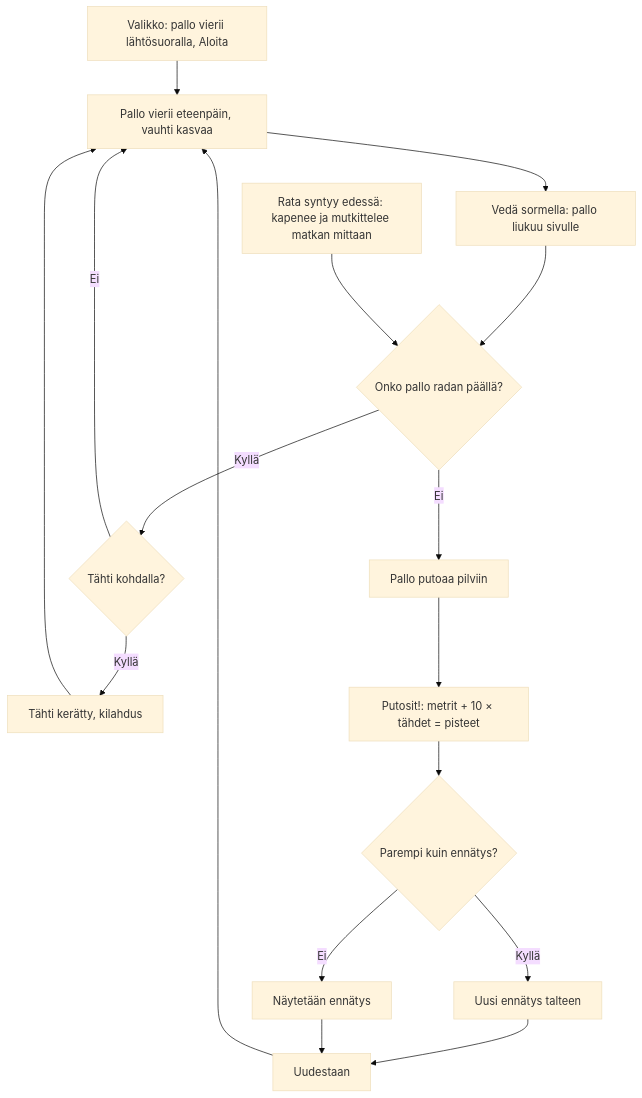
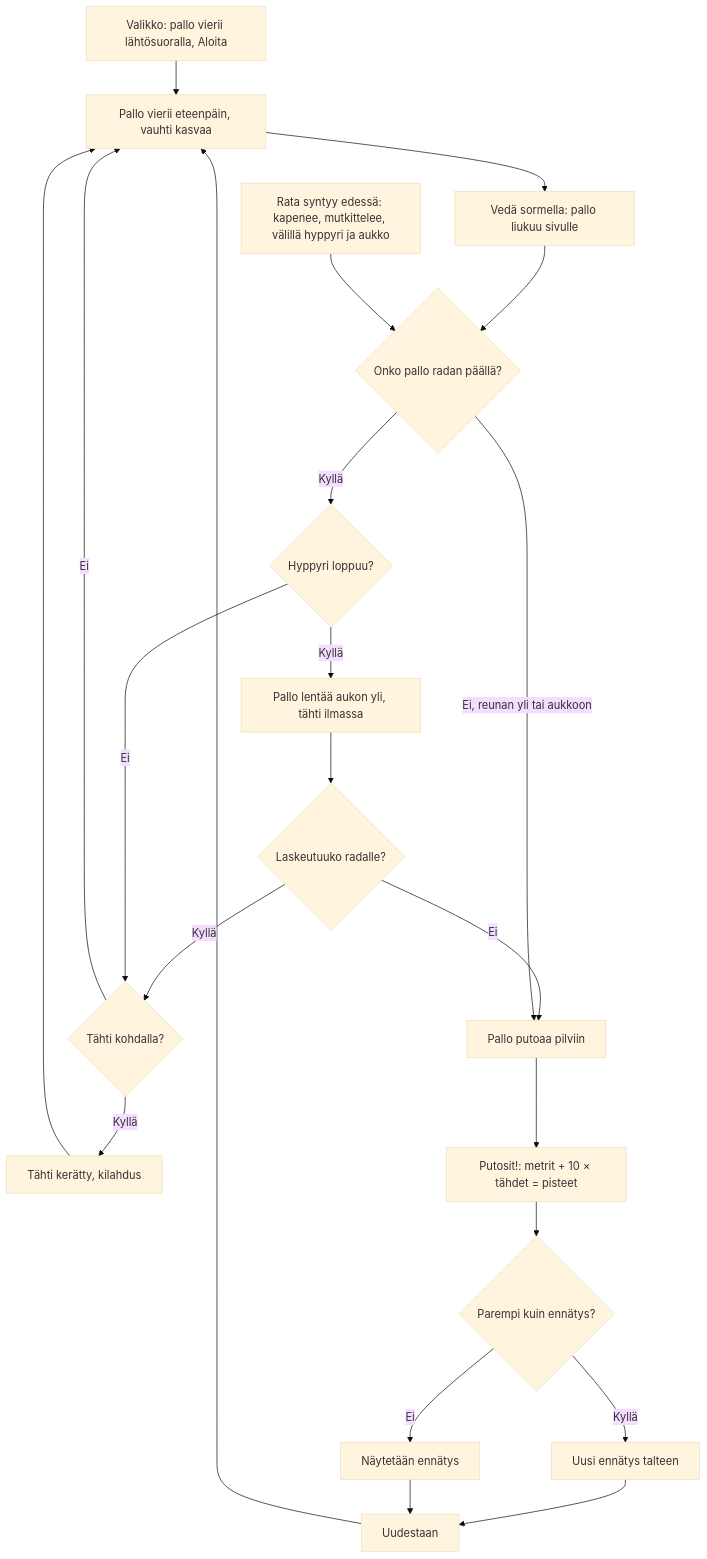
The diagram in docs/diagrams/pallorata.md (eerovil/ai-pelit), drawn with Mermaid (base theme) before and after one commit. The commit also changed other lines of this file and 4 other files, not shown here.

````diff
--- a/docs/diagrams/pallorata.md
+++ b/docs/diagrams/pallorata.md
@@ -8,25 +8,31 @@
 ```mermaid
 flowchart TD
   A[Valikko: pallo vierii lähtösuoralla, Aloita] --> B[Pallo vierii eteenpäin, vauhti kasvaa]
   B --> C[Vedä sormella: pallo liukuu sivulle]
   C --> D{Onko pallo radan päällä?}
-  D -- Kyllä --> E{Tähti kohdalla?}
+  D -- Kyllä --> M{Hyppyri loppuu?}
+  M -- Kyllä --> N[Pallo lentää aukon yli, tähti ilmassa]
+  N --> O{Laskeutuuko radalle?}
+  O -- Kyllä --> E
+  O -- Ei --> G
+  M -- Ei --> E{Tähti kohdalla?}
   E -- Kyllä --> F[Tähti kerätty, kilahdus]
   E -- Ei --> B
   F --> B
-  D -- Ei --> G[Pallo putoaa pilviin]
+  D -- Ei, reunan yli tai aukkoon --> G[Pallo putoaa pilviin]
   G --> H[Putosit!: metrit + 10 × tähdet = pisteet]
   H --> I{Parempi kuin ennätys?}
   I -- Kyllä --> J[Uusi ennätys talteen]
   I -- Ei --> K[Näytetään ennätys]
   J --> L[Uudestaan]
   K --> L
   L --> B
-  R[Rata syntyy edessä: kapenee ja mutkittelee matkan mittaan] --> D
+  R[Rata syntyy edessä: kapenee, mutkittelee, välillä hyppyri ja aukko] --> D
   class A,B,C blue
-  class D,E,I amber
+  class D,E,I,M,O amber
+  class N teal
   class F,J green
   class G,H rose
   class K,L blue
   class R teal
 ```
````
